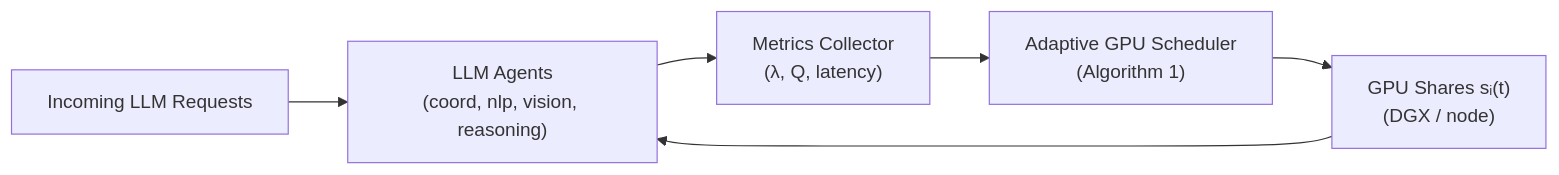
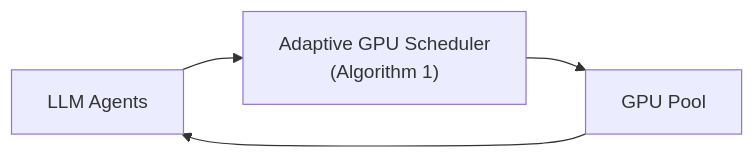
One commit to rika1089/adaptive-gpu-scheduler changed the diagram in README.md. Above: the diagram before and after it, drawn with Mermaid.

Commit message:
Simplify architecture diagram in README.md
Updated architecture diagram in README.md to simplify agent and scheduler representation.

````diff
--- a/README.md
+++ b/README.md
@@ -14,11 +14,9 @@
 ```mermaid
 flowchart LR
-    Workloads["Incoming LLM Requests"]
-    Agents["LLM Agents<br/>(coord, nlp, vision, reasoning)"]
-    Metrics["Metrics Collector<br/>(λ, Q, latency)"]
-    Scheduler["Adaptive GPU Scheduler<br/>(Algorithm 1)"]
-    GPU["GPU Shares sᵢ(t)<br/>(DGX / node)"]
+    A["LLM Agents"]
+    S["Adaptive GPU Scheduler<br/>(Algorithm 1)"]
+    G["GPU Pool"]
 
-    Workloads --> Agents --> Metrics --> Scheduler --> GPU
-    GPU --> Agents
+    A --> S --> G
+    G --> A
 ```
````
